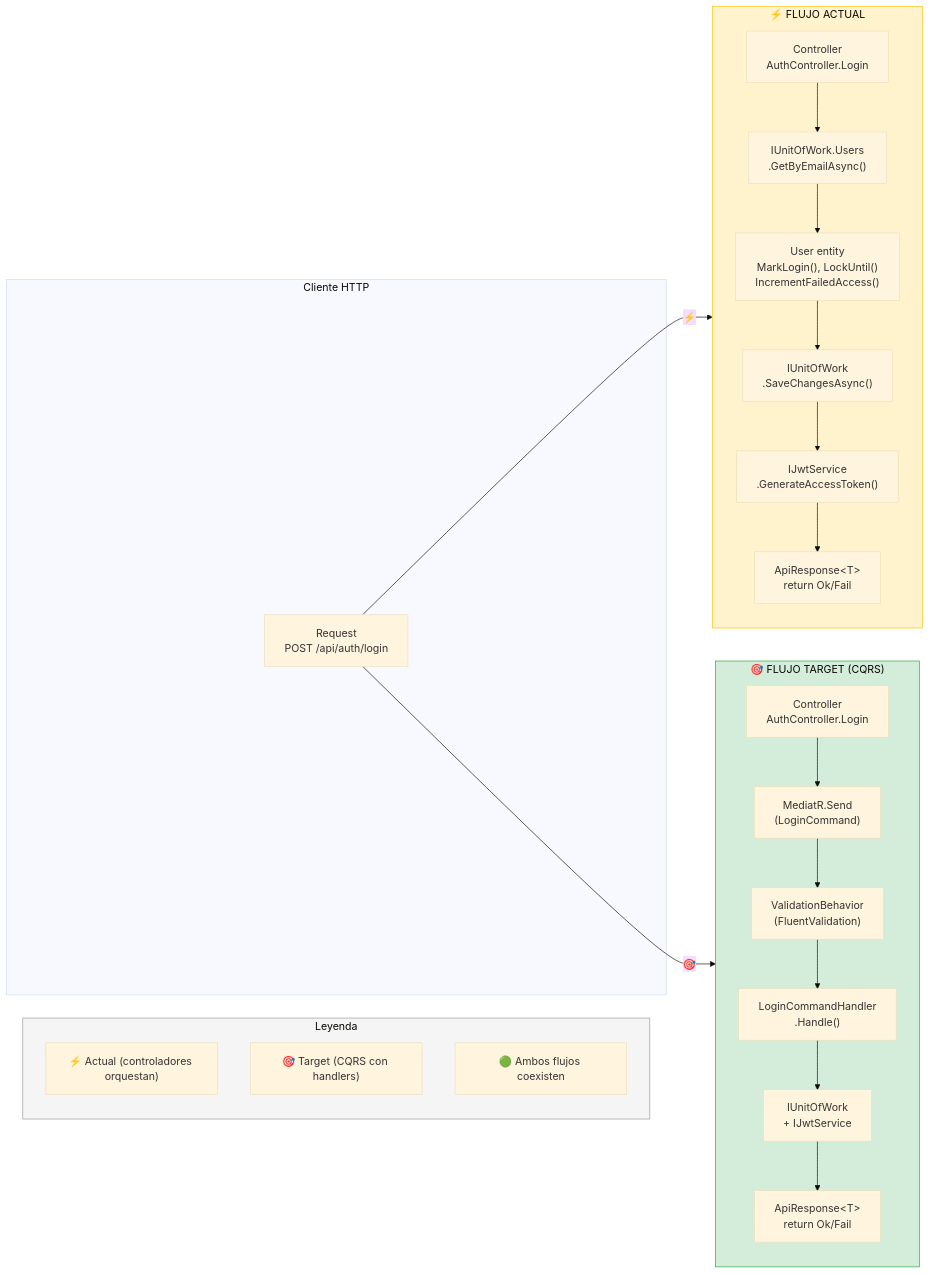
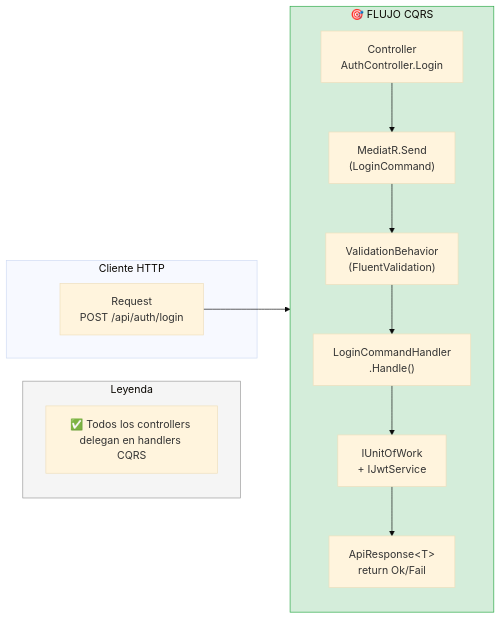
Before and after one commit to edgardo001/app-base-net-react: the second of 2 diagrams in AGENTS.md, drawn with Mermaid (base theme). The commit also changed other lines of this file and 4 other files, not shown here.

````diff
--- a/AGENTS.md
+++ b/AGENTS.md
@@ -125,41 +125,26 @@
 ```mermaid
 graph LR
     subgraph Legend["Leyenda"]
-        L1["⚡ Actual (controladores orquestan)"]
-        L2["🎯 Target (CQRS con handlers)"]
-        L3["🟢 Ambos flujos coexisten"]
+        L1["✅ Todos los controllers delegan en handlers CQRS"]
     end
 
     subgraph Client["Cliente HTTP"]
         Req["Request<br/>POST /api/auth/login"]
     end
 
-    subgraph Current["⚡ FLUJO ACTUAL"]
-        direction TB
-        C1["Controller<br/>AuthController.Login"]
-        C2["IUnitOfWork.Users<br/>.GetByEmailAsync()"]
-        C3["User entity<br/>MarkLogin(), LockUntil()<br/>IncrementFailedAccess()"]
-        C4["IUnitOfWork<br/>.SaveChangesAsync()"]
-        C5["IJwtService<br/>.GenerateAccessToken()"]
-        C6["ApiResponse&lt;T&gt;<br/>return Ok/Fail"]
-        C1 --> C2 --> C3 --> C4 --> C5 --> C6
-    end
-
-    subgraph Target["🎯 FLUJO TARGET (CQRS)"]
+    subgraph Flow["🎯 FLUJO CQRS"]
         direction TB
         T1["Controller<br/>AuthController.Login"]
         T2["MediatR.Send<br/>(LoginCommand)"]
         T3["ValidationBehavior<br/>(FluentValidation)"]
         T4["LoginCommandHandler<br/>.Handle()"]
         T5["IUnitOfWork<br/>+ IJwtService"]
         T6["ApiResponse&lt;T&gt;<br/>return Ok/Fail"]
         T1 --> T2 --> T3 --> T4 --> T5 --> T6
     end
 
-    Req -->|"⚡"| Current
-    Req -->|"🎯"| Target
+    Req --> Flow
 
     style Legend fill:#f5f5f5,stroke:#999
-    style Current fill:#fff3cd,stroke:#ffc107
-    style Target fill:#d4edda,stroke:#28a745
+    style Flow fill:#d4edda,stroke:#28a745
 ```
````
